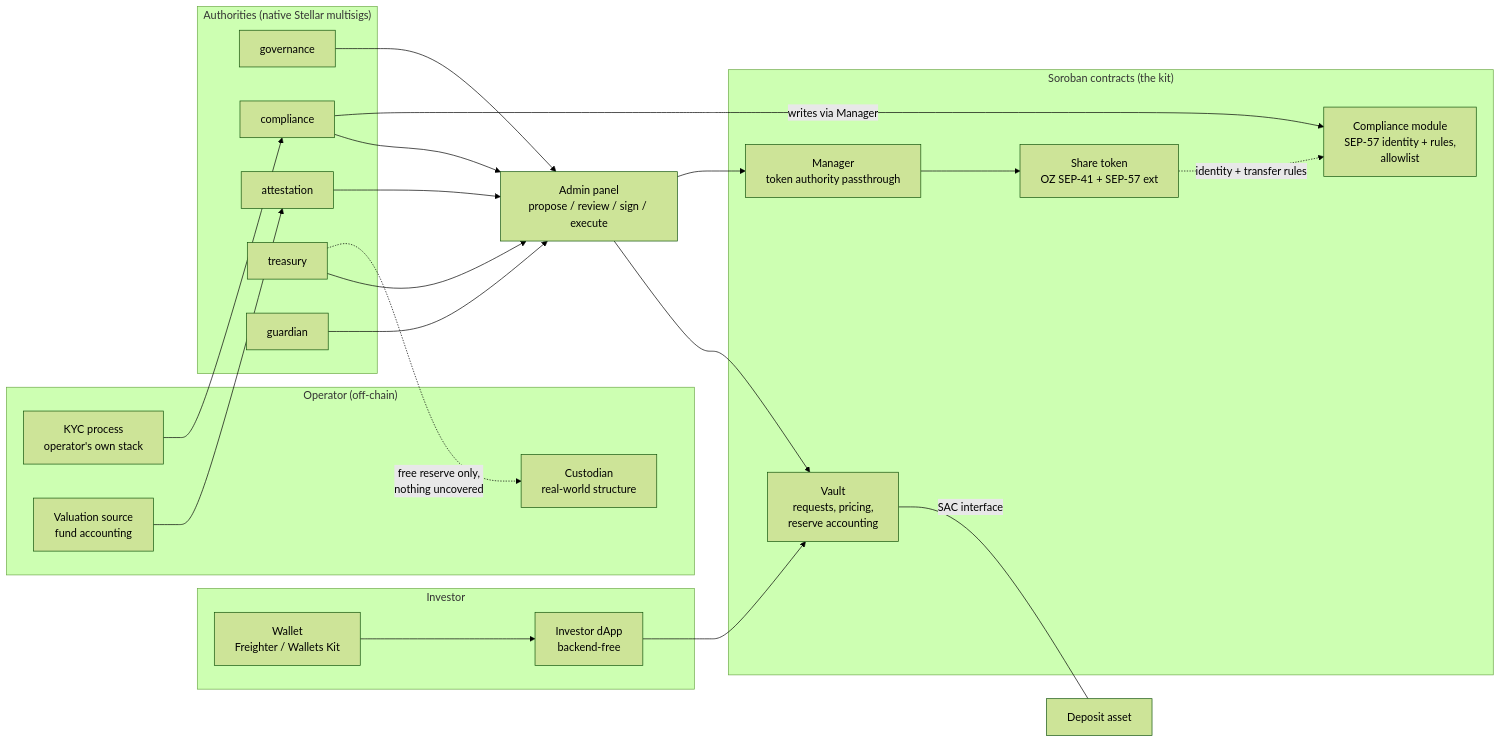
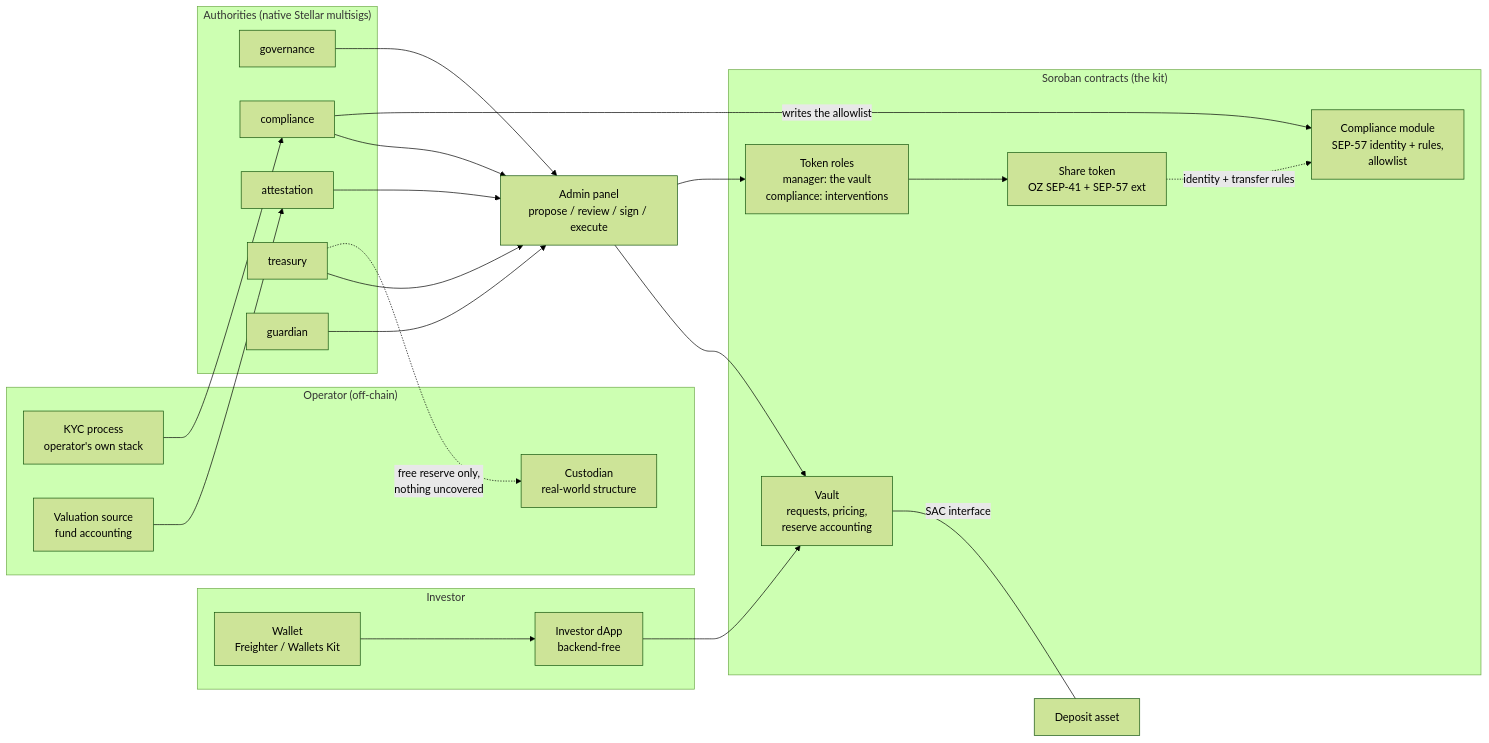
One commit to BootNodeDev/strata-vault-kit changed the second of 4 diagrams in docs/strata-product-and-architecture.md. Above: the diagram before and after it, drawn with Mermaid (forest theme). The commit also changed other lines of this file and 2 other files, not shown here.

Commit message:
docs: describe the share token compliance role

````diff
--- a/docs/strata-product-and-architecture.md
+++ b/docs/strata-product-and-architecture.md
@@ -228,40 +228,40 @@
 ```mermaid
 flowchart LR
     subgraph Investor
         W[Wallet<br/>Freighter / Wallets Kit]
         LP[Investor dApp<br/>backend-free]
     end
 
     subgraph Operator["Operator (off-chain)"]
         KYC[KYC process<br/>operator's own stack]
         VAL[Valuation source<br/>fund accounting]
         CUST[Custodian<br/>real-world structure]
     end
 
     subgraph Authorities["Authorities (native Stellar multisigs)"]
         GOV[governance]
         CMP[compliance]
         ATT[attestation]
         TRE[treasury]
         GRD[guardian]
     end
 
     subgraph Soroban["Soroban contracts (the kit)"]
         V[Vault<br/>requests, pricing,<br/>reserve accounting]
         ST[Share token<br/>OZ SEP-41 + SEP-57 ext]
-        MGR[Manager<br/>token authority passthrough]
+        MGR[Token roles<br/>manager: the vault<br/>compliance: interventions]
         CM[Compliance module<br/>SEP-57 identity + rules,<br/>allowlist]
     end
 
     OPS[Admin panel<br/>propose / review / sign / execute]
 
     W --> LP --> V
     KYC --> CMP
     VAL --> ATT
     GOV & CMP & ATT & TRE & GRD --> OPS --> V
     OPS --> MGR --> ST
-    CMP -->|writes via Manager| CM
+    CMP -->|writes the allowlist| CM
     ST -.->|identity + transfer rules| CM
     TRE -.->|free reserve only,<br/>nothing uncovered| CUST
     V ---|SAC interface| USDC[Deposit asset]
 ```
````
